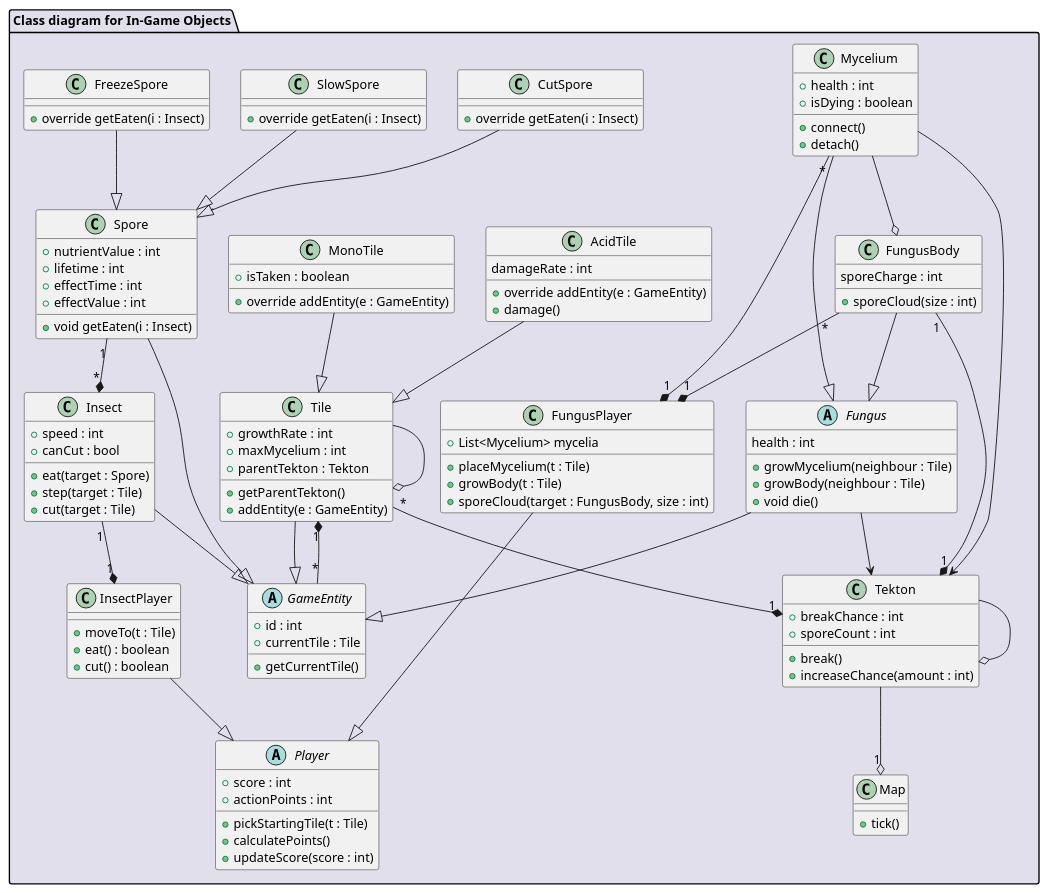
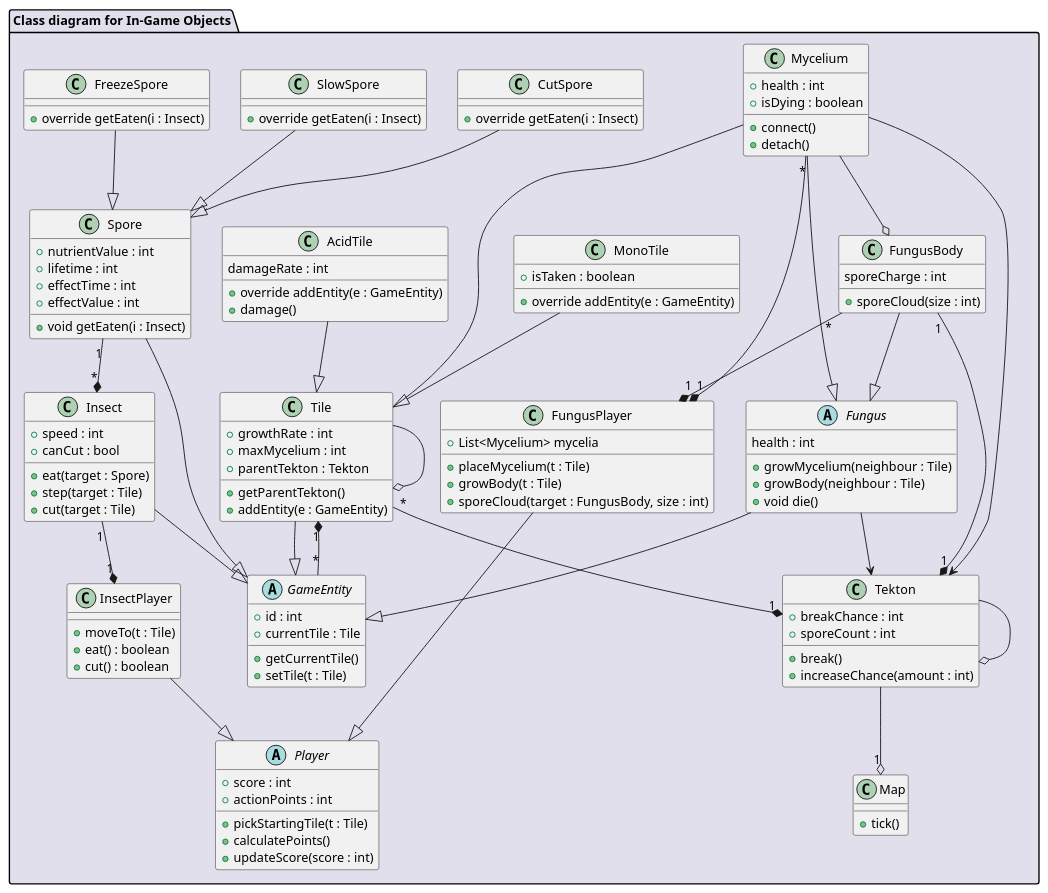
Before and after one commit to Harcipan/Projlab_nullpointerexception: the diagram in diagrams/diagramFiles/CD_InGameObjects.puml, drawn with PlantUML.

Commit message:
before merge

```diff
--- a/diagrams/diagramFiles/CD_InGameObjects.puml
+++ b/diagrams/diagramFiles/CD_InGameObjects.puml
@@ -1,147 +1,149 @@
 @startuml CD_InGameObjects
 
 package "Class diagram for In-Game Objects" #E1DFEB {
     
     'world elements'
 
     class Map {
         + tick()
     }
 
     class Tekton {
         + breakChance : int
         + sporeCount : int
         + break()
         + increaseChance(amount : int)
     }
 
     class Tile {
         + growthRate : int
         + maxMycelium : int
         + parentTekton : Tekton
         + getParentTekton()
         + addEntity(e : GameEntity)
     }
 
     class MonoTile {
         + isTaken : boolean
         + override addEntity(e : GameEntity)
     }
 
     class AcidTile {
         damageRate : int
         + override addEntity(e : GameEntity)
         + damage()
     }
     'interactive elements'
 
     abstract class GameEntity {
         + id : int
         + currentTile : Tile
         + getCurrentTile()
+        + setTile(t : Tile)
     }
 
     class Mycelium {
         + health : int
         + isDying : boolean
         + connect()
         + detach()
     }
 
     class Spore {
         + nutrientValue : int
         + lifetime : int
         + effectTime : int
         + effectValue : int
         + void getEaten(i : Insect)
     }
 
     class SlowSpore {
         + override getEaten(i : Insect)
     }
 
     class FreezeSpore {
         + override getEaten(i : Insect)
     }
 
     class CutSpore {
         + override getEaten(i : Insect)
     }
 
     'playable elements'
 
     abstract class Player {
         + score : int
         + actionPoints : int
         + pickStartingTile(t : Tile)
         + calculatePoints()
         + updateScore(score : int)
     }
 
 
     class FungusPlayer {
         + List<Mycelium> mycelia
         + placeMycelium(t : Tile)
         + growBody(t : Tile)
         + sporeCloud(target : FungusBody, size : int)
     }
 
     abstract class Fungus {
         health : int
         + growMycelium(neighbour : Tile)
         + growBody(neighbour : Tile)
         + void die()
     }
 
     class FungusBody {
         sporeCharge : int
         + sporeCloud(size : int)
     }
     
     class InsectPlayer {
         + moveTo(t : Tile)
         + eat() : boolean
         + cut() : boolean
     }
 
     class Insect {
         + speed : int
         + canCut : bool
         + eat(target : Spore)
         + step(target : Tile)
         + cut(target : Tile)
     }
 
     'connections'
 
     Spore --|> GameEntity
     Fungus --|> GameEntity
     Insect --|> GameEntity
     Tile --|> GameEntity
 
     Mycelium --o FungusBody
     SlowSpore --|> Spore
     FreezeSpore --|> Spore
     CutSpore --|> Spore
     Tekton --o "1" Map
     FungusBody "1" --* "1" Tekton
     Fungus --> Tekton
     Mycelium --> Tekton
     Tile "*" --* "1" Tekton
     MonoTile --|> Tile
     AcidTile --|> Tile
     
     Mycelium --|> Fungus
     FungusBody --|> Fungus
     GameEntity "*" --* "1" Tile
     Tile  --o  Tile
     Tekton --o Tekton
     FungusPlayer --|> Player
     Mycelium "*" --* "1" FungusPlayer
     InsectPlayer --|> Player
     Insect "1" --* "1" InsectPlayer
     FungusBody "*" --* "1" FungusPlayer
     Spore "1" --* "*" Insect
+    Mycelium  -- Tile
 }
 
 @enduml
```
